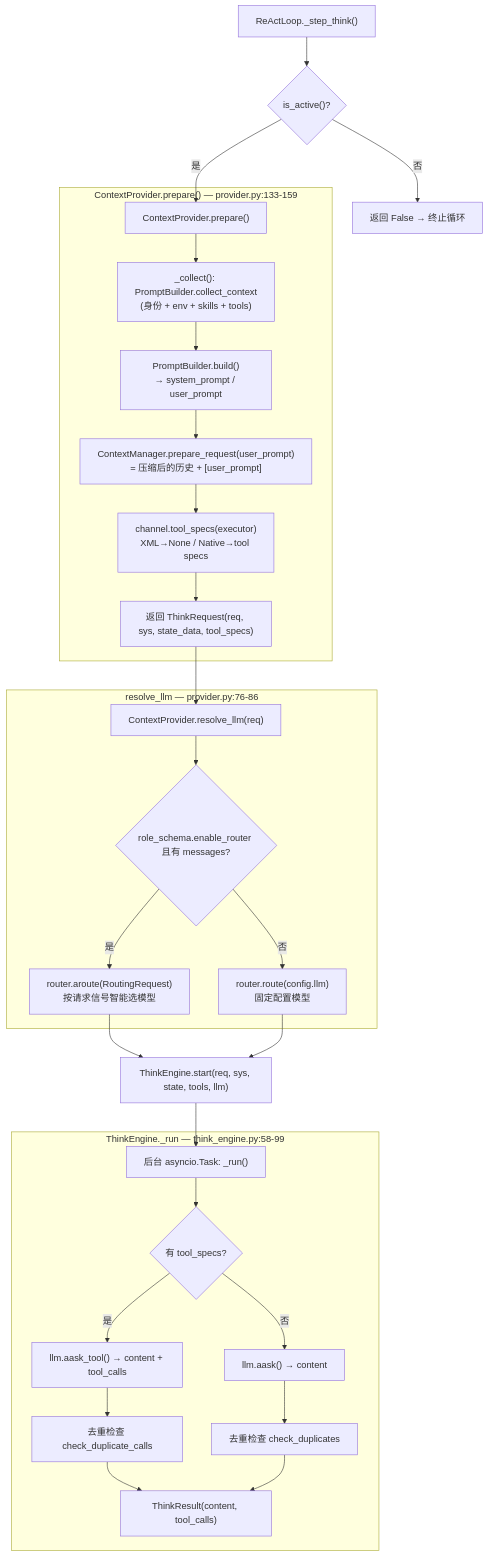
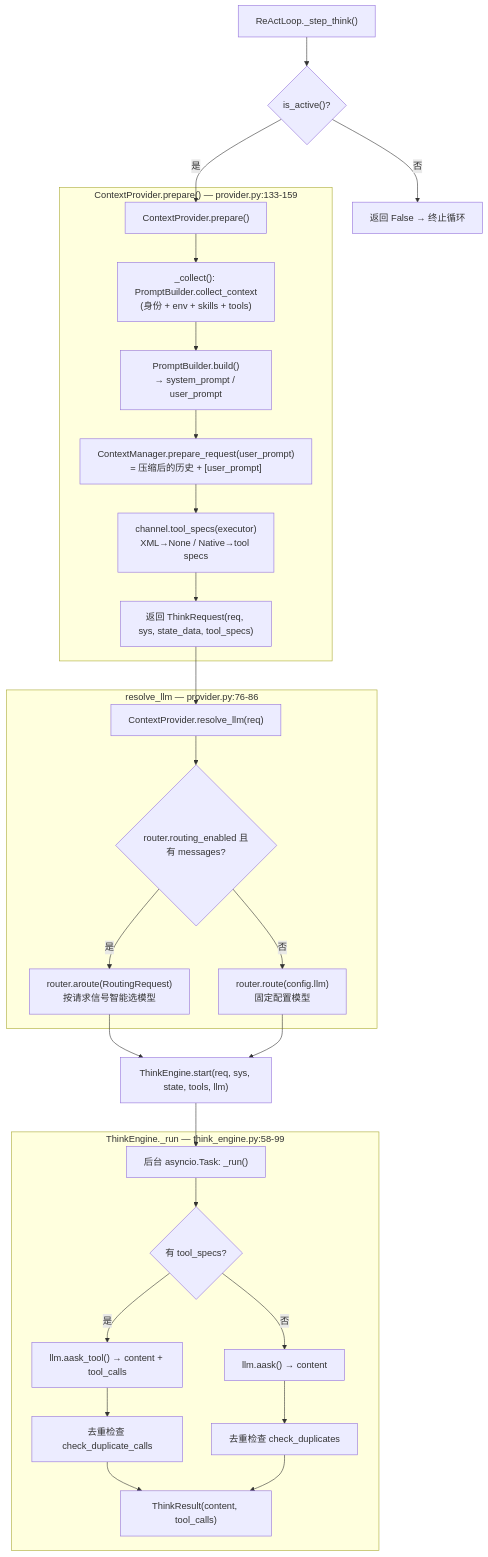
Before and after one commit to bushihelmy-crypto/mote: the fourth of 12 diagrams in zdocs/ARCHITECTURE.md, drawn with Mermaid. The commit also changed 440 other files, not shown here.

````diff
--- a/zdocs/ARCHITECTURE.md
+++ b/zdocs/ARCHITECTURE.md
@@ -233,34 +233,34 @@
 ```mermaid
 graph TD
     A["ReActLoop._step_think()"] --> B{"is_active()?"}
     B -->|否| Z["返回 False → 终止循环"]
     B -->|是| C["ContextProvider.prepare()"]
 
     subgraph prepare["ContextProvider.prepare() — provider.py:133-159"]
         C --> C1["_collect(): PromptBuilder.collect_context<br/>(身份 + env + skills + tools)"]
         C1 --> C2["PromptBuilder.build()<br/>→ system_prompt / user_prompt"]
         C2 --> C3["ContextManager.prepare_request(user_prompt)<br/>= 压缩后的历史 + [user_prompt]"]
         C3 --> C4["channel.tool_specs(executor)<br/>XML→None / Native→tool specs"]
         C4 --> C5["返回 ThinkRequest(req, sys, state_data, tool_specs)"]
     end
 
     C5 --> D["ContextProvider.resolve_llm(req)"]
     subgraph resolve["resolve_llm — provider.py:76-86"]
-        D --> D1{"role_schema.enable_router 且有 messages?"}
+        D --> D1{"router.routing_enabled 且有 messages?"}
         D1 -->|是| D2["router.aroute(RoutingRequest)<br/>按请求信号智能选模型"]
         D1 -->|否| D3["router.route(config.llm)<br/>固定配置模型"]
     end
 
     D2 --> E["ThinkEngine.start(req, sys, state, tools, llm)"]
     D3 --> E
     E --> F["后台 asyncio.Task: _run()"]
     subgraph run["ThinkEngine._run — think_engine.py:58-99"]
         F --> F1{"有 tool_specs?"}
         F1 -->|是| F2["llm.aask_tool() → content + tool_calls"]
         F1 -->|否| F3["llm.aask() → content"]
         F2 --> G["去重检查 check_duplicate_calls"]
         F3 --> G2["去重检查 check_duplicates"]
         G --> H["ThinkResult(content, tool_calls)"]
         G2 --> H
     end
 ```
````
